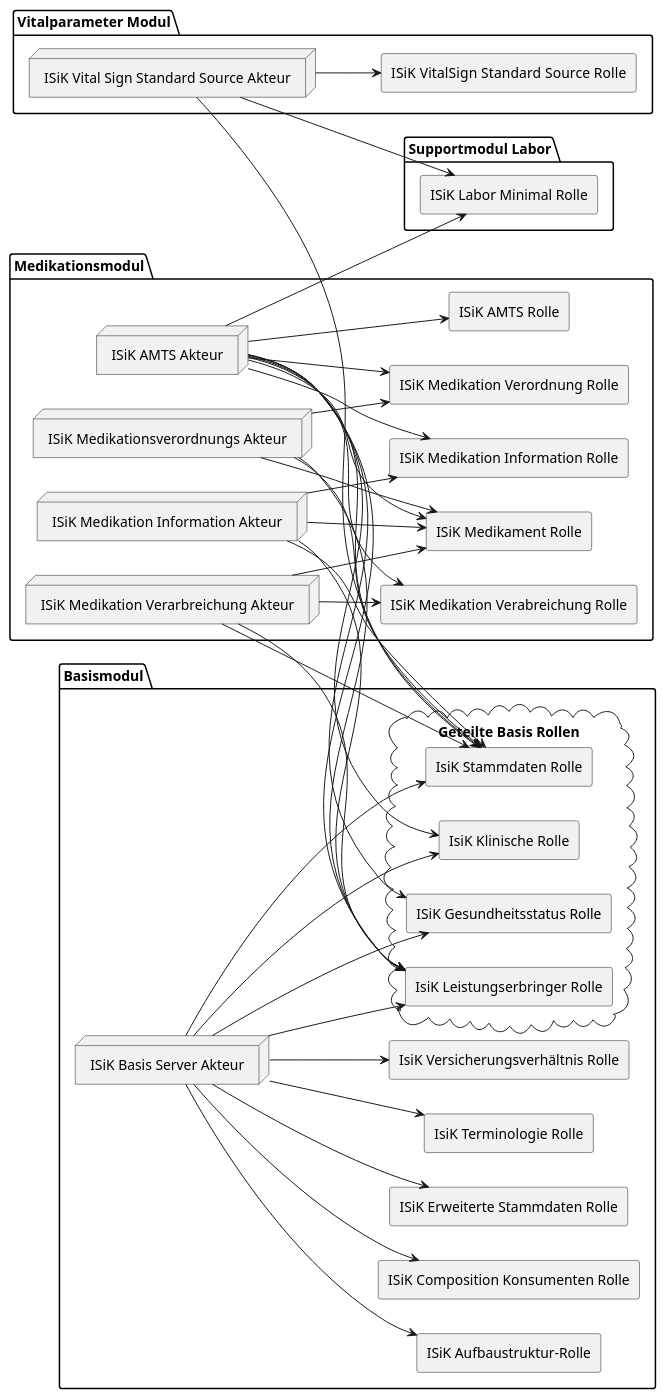
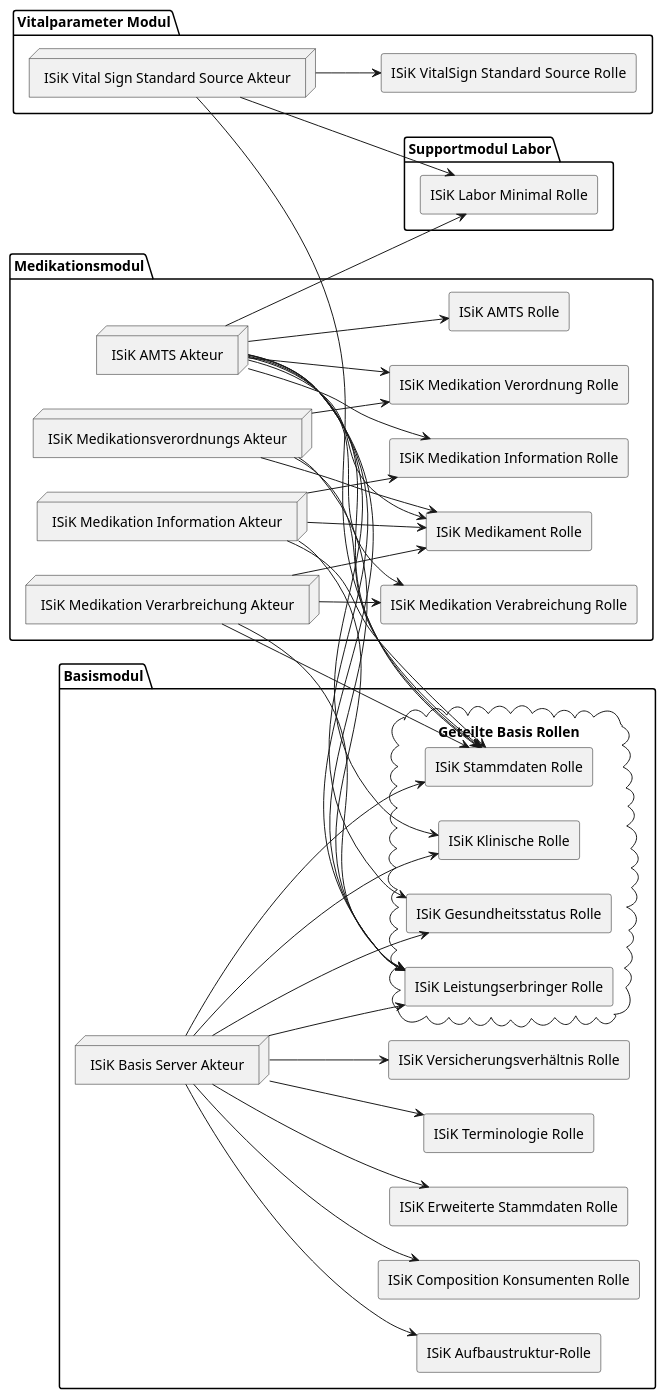
One commit to gematik/spec-ISiK-Basismodul changed the diagram in Material/Basis/images/src/plantuml/Akteure_und_Rollen_Ausschnitt_ISiK.puml. Above: the diagram before and after it, drawn with PlantUML. The commit also changed 2 other files, not shown here.

```diff
--- a/Material/Basis/images/src/plantuml/Akteure_und_Rollen_Ausschnitt_ISiK.puml
+++ b/Material/Basis/images/src/plantuml/Akteure_und_Rollen_Ausschnitt_ISiK.puml
@@ -1,78 +1,78 @@
 @startuml
 skinparam componentStyle rectangle
 left to right direction
 
 package "Vitalparameter Modul" {
   node "ISiK Vital Sign Standard Source Akteur" as el_1
   
   component "ISiK VitalSign  Standard Source Rolle" as el_3
 }
 
 package "Supportmodul Labor" {
   component "ISiK Labor Minimal Rolle" as el_2
   }
 
 package "Basismodul" {
   node "ISiK Basis Server Akteur" as el_4
   component "ISiK Aufbaustruktur-Rolle" as el_5
   component "ISiK Composition Konsumenten Rolle" as el_6
   component "ISiK Erweiterte Stammdaten Rolle" as el_7
 
 
 
   
-  component "IsiK Terminologie Rolle" as el_12
-  component "IsiK Versicherungsverhältnis Rolle" as el_13
+  component "ISiK Terminologie Rolle" as el_12
+  component "ISiK Versicherungsverhältnis Rolle" as el_13
   cloud "Geteilte Basis Rollen" {
-    component "IsiK Klinische Rolle" as el_8
+    component "ISiK Klinische Rolle" as el_8
     component "ISiK Gesundheitsstatus Rolle" as el_9
-    component "IsiK Stammdaten Rolle" as el_11
-    component "IsiK Leistungserbringer Rolle" as el_10
+    component "ISiK Stammdaten Rolle" as el_11
+    component "ISiK Leistungserbringer Rolle" as el_10
   }
 }
 package "Medikationsmodul" {
   node "ISiK Medikationsverordnungs Akteur" as el_14
   node "ISiK Medikation Information Akteur" as el_15
   node "ISiK Medikation Verarbreichung Akteur" as el_16
   node "ISiK AMTS Akteur" as el_17
   component "ISiK Medikation Verordnung Rolle" as el_18
   component "ISiK Medikation Information Rolle" as el_19
   component "ISiK Medikation Verabreichung Rolle" as el_20
   component "ISiK AMTS Rolle" as el_21
   component "ISiK Medikament Rolle" as el_22
 }
 el_1 --> el_11
 el_17 --> el_2
 el_17 --> el_9
 el_1 --> el_2
 el_1 --> el_3
 el_4 --> el_5
 el_4 --> el_6
 el_4 --> el_7
 el_4 --> el_9
 el_4 --> el_8
 el_4 --> el_10
 el_4 --> el_11
 el_4 --> el_12
 el_4 --> el_13
 el_14 --> el_18
 el_14 --> el_11
 el_14 --> el_10
 el_14 --> el_22
 el_15 --> el_19
 el_15 --> el_11
 el_15 --> el_10
 el_15 --> el_22
 el_16 --> el_20
 el_16 --> el_11
 el_16 --> el_10
 el_16 --> el_22
 el_17 --> el_21
 el_17 --> el_10
 el_17 --> el_11
 el_17 --> el_8
 el_17 --> el_20
 el_17 --> el_19
 el_17 --> el_18
 el_17 --> el_22
 @enduml
```
